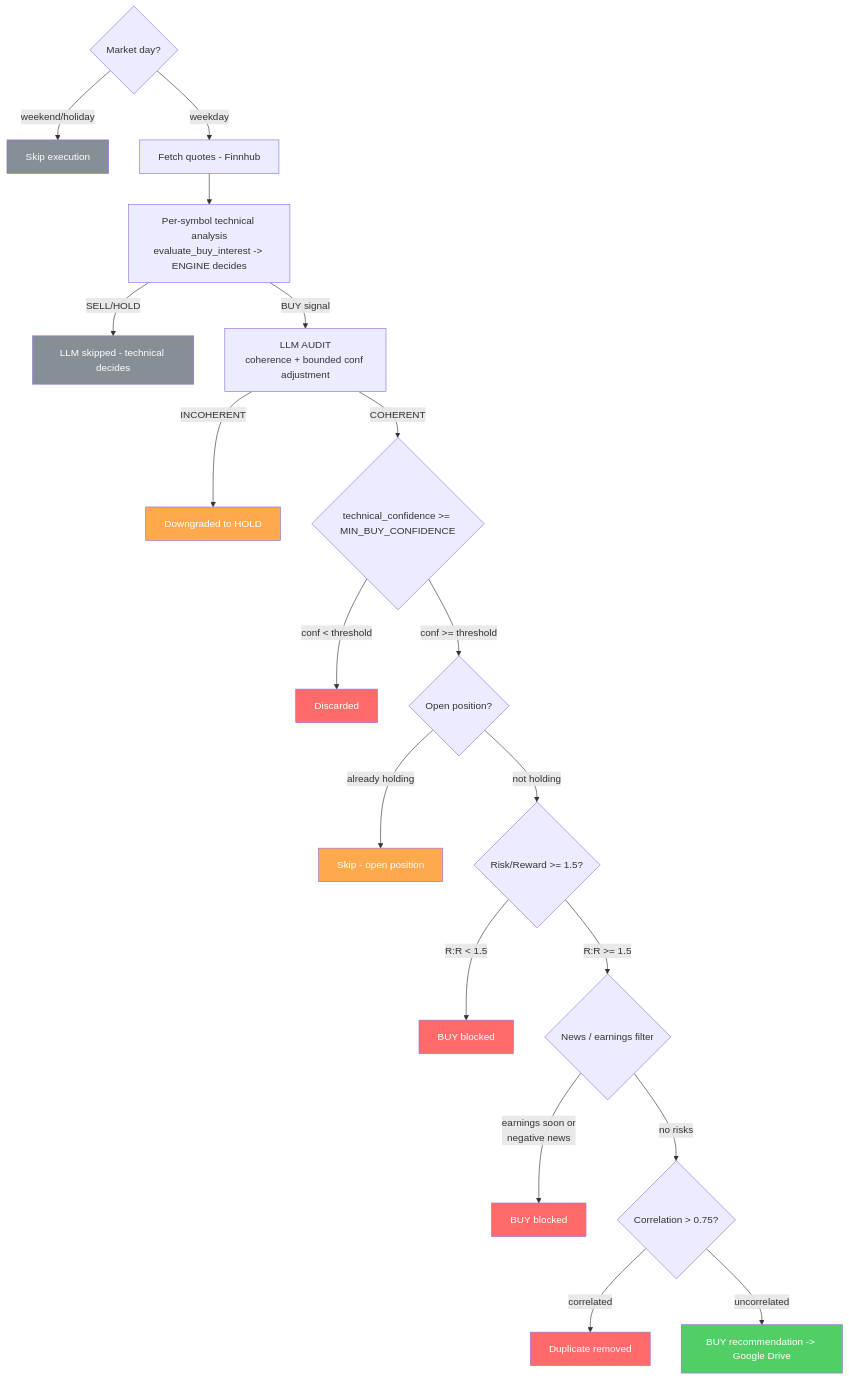
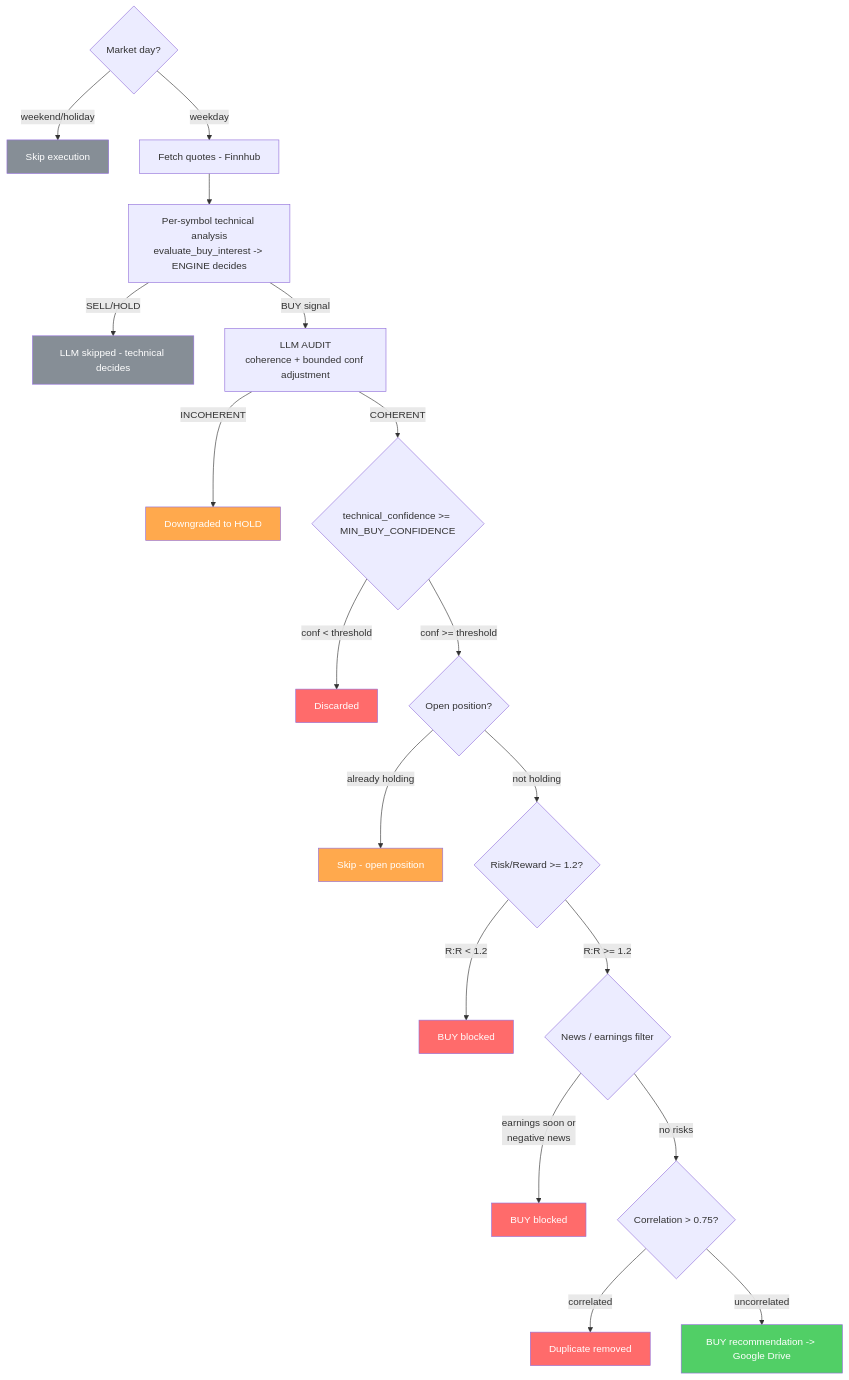
Before and after one commit to manu-gt-hub/trading_advisor: the diagram in resources/doc/05_pipeline_and_filters.md, drawn with Mermaid. The commit also changed other lines of this file and 1 other file, not shown here.

Commit message:
docs: align README and pipeline doc with the current backtest and R:R default
The README still quoted the old simulation (NVDA 58.8% win rate) that the 2026-10-31 baseline replaced, 93 tests (now 160) and daily runs (the cron skips weekends and US holidays). The pipeline diagrams said R:R 1.5 while the code defaults to 1.2. Docs only: no engine change, no backtest needed.

````diff
--- a/resources/doc/05_pipeline_and_filters.md
+++ b/resources/doc/05_pipeline_and_filters.md
@@ -7,30 +7,30 @@
 ```mermaid
 flowchart TD
     Z{Market day?} -->|weekend/holiday| X0[Skip execution]
     Z -->|weekday| A[Fetch quotes - Finnhub]
     A --> B[Per-symbol technical analysis<br>evaluate_buy_interest -> ENGINE decides]
     B -->|SELL/HOLD| S[LLM skipped - technical decides]
     B -->|BUY signal| D[LLM AUDIT<br>coherence + bounded conf adjustment]
     D -->|INCOHERENT| X2[Downgraded to HOLD]
     D -->|COHERENT| C{technical_confidence >= MIN_BUY_CONFIDENCE}
     C -->|conf < threshold| X1[Discarded]
     C -->|conf >= threshold| P{Open position?}
     P -->|already holding| X6[Skip - open position]
-    P -->|not holding| RR{Risk/Reward >= 1.5?}
-    RR -->|R:R < 1.5| X5[BUY blocked]
-    RR -->|R:R >= 1.5| F{News / earnings filter}
+    P -->|not holding| RR{Risk/Reward >= 1.2?}
+    RR -->|R:R < 1.2| X5[BUY blocked]
+    RR -->|R:R >= 1.2| F{News / earnings filter}
     F -->|earnings soon or<br>negative news| X3[BUY blocked]
     F -->|no risks| G{Correlation > 0.75?}
     G -->|correlated| X4[Duplicate removed]
     G -->|uncorrelated| H[BUY recommendation -> Google Drive]
 
     style X0 fill:#868e96,color:#fff
     style X1 fill:#ff6b6b,color:#fff
     style X2 fill:#ffa94d,color:#fff
     style X3 fill:#ff6b6b,color:#fff
     style X4 fill:#ff6b6b,color:#fff
     style X5 fill:#ff6b6b,color:#fff
     style X6 fill:#ffa94d,color:#fff
     style S fill:#868e96,color:#fff
     style H fill:#51cf66,color:#fff
 ```
````
